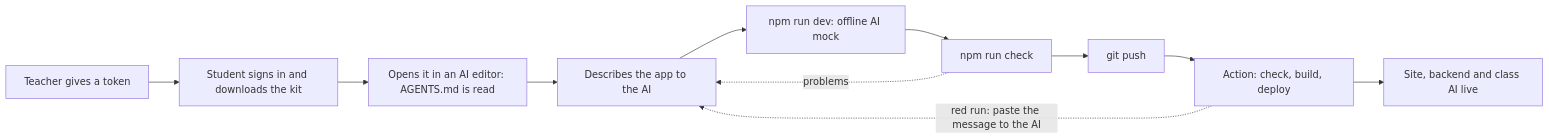
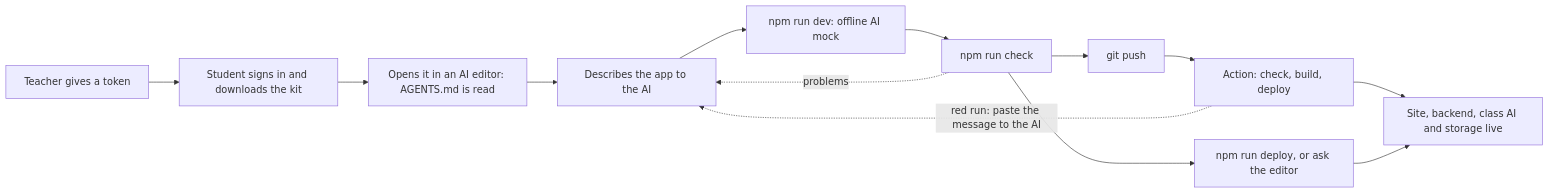
Diagram 14 of 17 in docs/TECHNICAL_SPECIFICATION.md (abhtft/student-deploy), drawn with Mermaid before and after one commit. The commit also changed other lines of this file and 1 other file, not shown here.

Commit message:
docs: kit diagram in the specification shows the deploy-from-computer route

````diff
--- a/docs/TECHNICAL_SPECIFICATION.md
+++ b/docs/TECHNICAL_SPECIFICATION.md
@@ -633,13 +633,15 @@
 ```mermaid
 flowchart LR
   A["Teacher gives a token"] --> B["Student signs in and downloads the kit"]
   B --> C["Opens it in an AI editor: AGENTS.md is read"]
   C --> D["Describes the app to the AI"]
   D --> E["npm run dev: offline AI mock"]
   E --> F["npm run check"]
   F --> G["git push"]
+  F --> J["npm run deploy, or ask the editor"]
   G --> H["Action: check, build, deploy"]
-  H --> I["Site, backend and class AI live"]
+  H --> I["Site, backend, class AI and storage live"]
+  J --> I
   F -. "problems" .-> D
   H -. "red run: paste the message to the AI" .-> D
 ```
````
